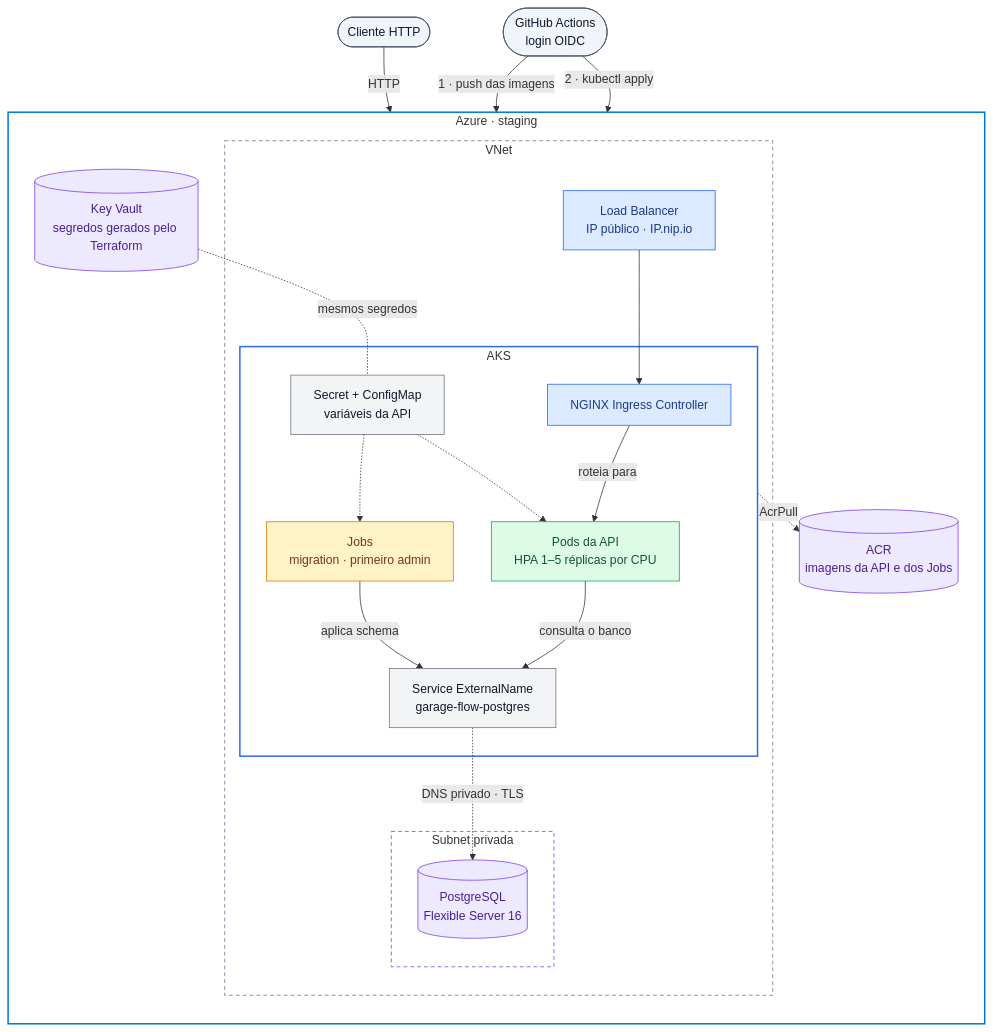
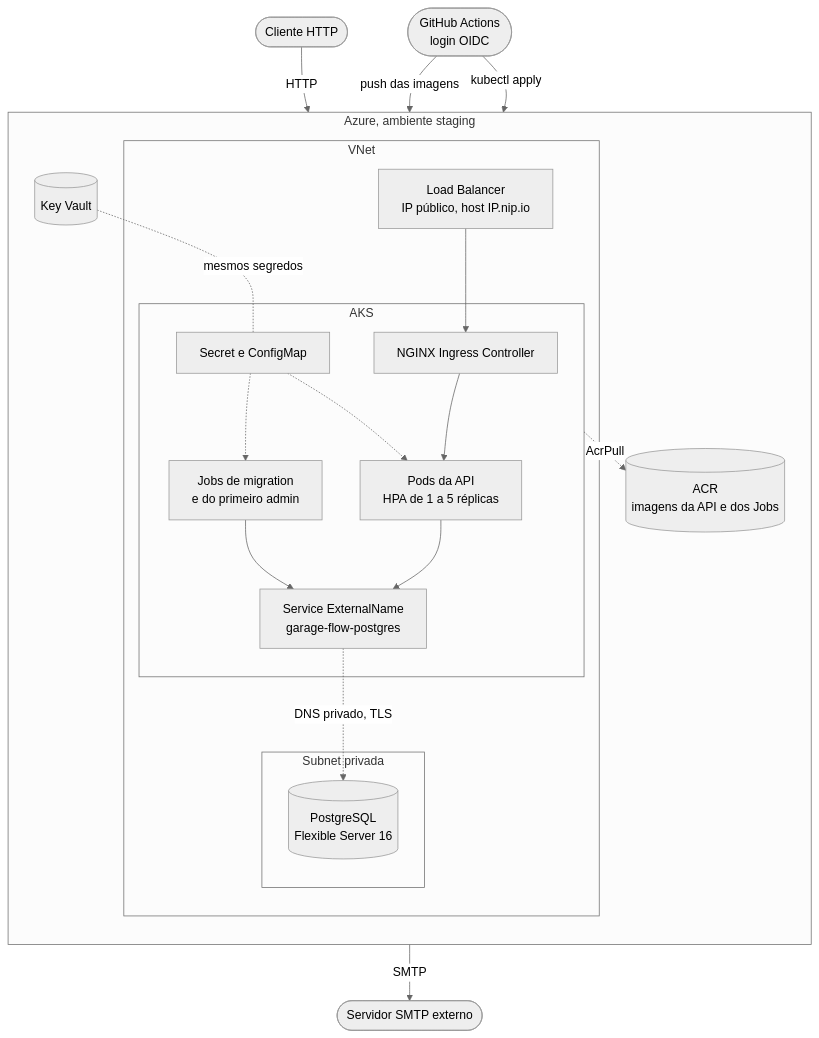
Before and after one commit to garage-flow-api/garage-flow-api: the second of 3 diagrams in README.md, drawn with Mermaid. The commit also changed other lines of this file, not shown here.

Commit message:
desenho da arquitetura com notificação por e-mail e diagramas simplificados

````diff
--- a/README.md
+++ b/README.md
@@ -137,57 +122,41 @@
 ```mermaid
+%%{init: {'theme': 'neutral'}}%%
 flowchart TB
     user(["Cliente HTTP"])
     gha(["GitHub Actions<br/>login OIDC"])
+    mail(["Servidor SMTP externo"])
 
-    subgraph azure["Azure · staging"]
+    subgraph azure["Azure, ambiente staging"]
         direction TB
         acr[("ACR<br/>imagens da API e dos Jobs")]
-        kv[("Key Vault<br/>segredos gerados pelo Terraform")]
+        kv[("Key Vault")]
 
         subgraph vnet["VNet"]
-            lb["Load Balancer<br/>IP público · IP.nip.io"]
+            lb["Load Balancer<br/>IP público, host IP.nip.io"]
             subgraph aks["AKS"]
                 ingress["NGINX Ingress Controller"]
-                api["Pods da API<br/>HPA 1–5 réplicas por CPU"]
-                jobs["Jobs<br/>migration · primeiro admin"]
-                config["Secret + ConfigMap<br/>variáveis da API"]
+                api["Pods da API<br/>HPA de 1 a 5 réplicas"]
+                jobs["Jobs de migration<br/>e do primeiro admin"]
+                config["Secret e ConfigMap"]
                 alias["Service ExternalName<br/>garage-flow-postgres"]
             end
             subgraph snetpg["Subnet privada"]
                 pg[("PostgreSQL<br/>Flexible Server 16")]
             end
         end
     end
 
     user -- "HTTP" --> lb
     lb --> ingress
-    ingress -- "roteia para" --> api
-    api -- "consulta o banco" --> alias
-    jobs -- "aplica schema" --> alias
-    alias -. "DNS privado · TLS" .-> pg
+    ingress --> api
+    api --> alias
+    jobs --> alias
+    alias -. "DNS privado, TLS" .-> pg
     config -.-> api
     config -.-> jobs
     aks -. "AcrPull" .-> acr
-    gha -- "1 · push das imagens" --> acr
-    gha -- "2 · kubectl apply" --> aks
+    gha -- "push das imagens" --> acr
+    gha -- "kubectl apply" --> aks
     kv -. "mesmos segredos" .- config
-
-    classDef actor fill:#f1f5f9,stroke:#475569,color:#0f172a
-    classDef edge fill:#dbeafe,stroke:#2563eb,color:#1e3a8a
-    classDef app fill:#dcfce7,stroke:#16a34a,color:#14532d
-    classDef job fill:#fef3c7,stroke:#d97706,color:#78350f
-    classDef conf fill:#f3f4f6,stroke:#6b7280,color:#111827
-    classDef data fill:#ede9fe,stroke:#7c3aed,color:#4c1d95
-
-    class user,gha actor
-    class lb,ingress edge
-    class api app
-    class jobs job
-    class config,alias conf
-    class pg,acr,kv data
-
-    style azure fill:none,stroke:#0078d4,stroke-width:2px
-    style vnet fill:none,stroke:#64748b,stroke-dasharray:5 4
-    style aks fill:none,stroke:#326ce5,stroke-width:2px
-    style snetpg fill:none,stroke:#7c3aed,stroke-dasharray:5 4
+    api -- "SMTP" --> mail
 ```
````
